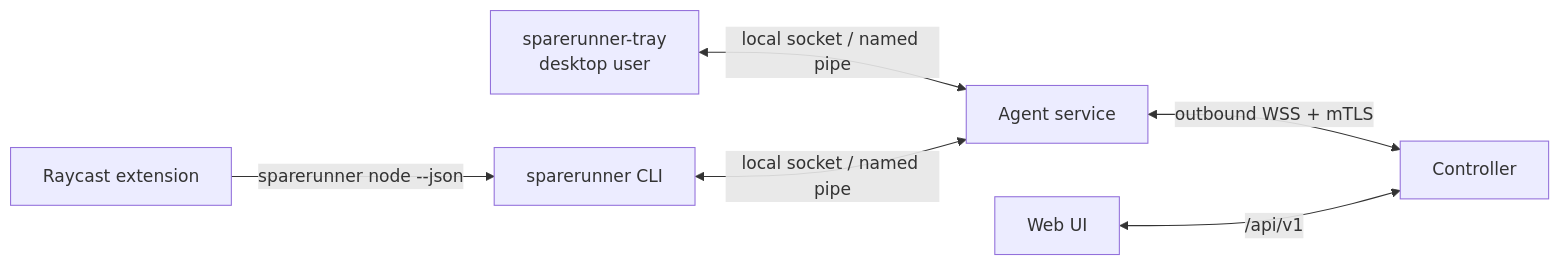
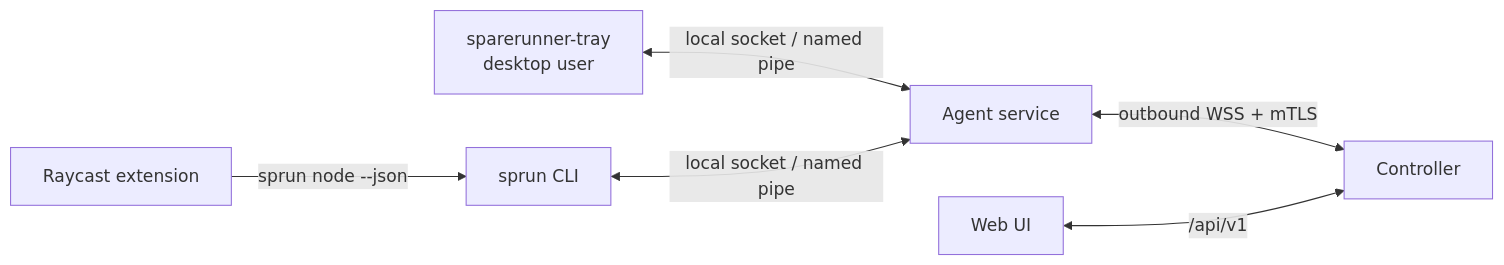
Before and after one commit to genm/sparerunner: the second of 2 diagrams in spec/sparerunner/design.md, drawn with Mermaid. The commit also changed other lines of this file and 42 other files, not shown here.

First line of the commit message:
feat(cli)!: shorten the operator CLI to sprun (#42)

````diff
--- a/spec/sparerunner/design.md
+++ b/spec/sparerunner/design.md
@@ -1003,8 +1025,8 @@
 ```mermaid
 flowchart LR
     T["sparerunner-tray<br/>desktop user"] <-->|"local socket / named pipe"| A["Agent service"]
-    R["Raycast extension"] -->|"sparerunner node --json"| CLI["sparerunner CLI"]
+    R["Raycast extension"] -->|"sprun node --json"| CLI["sprun CLI"]
     CLI <-->|"local socket / named pipe"| A
     A <-->|"outbound WSS + mTLS"| C["Controller"]
     UI["Web UI"] <-->|"/api/v1"| C
 ```
````
